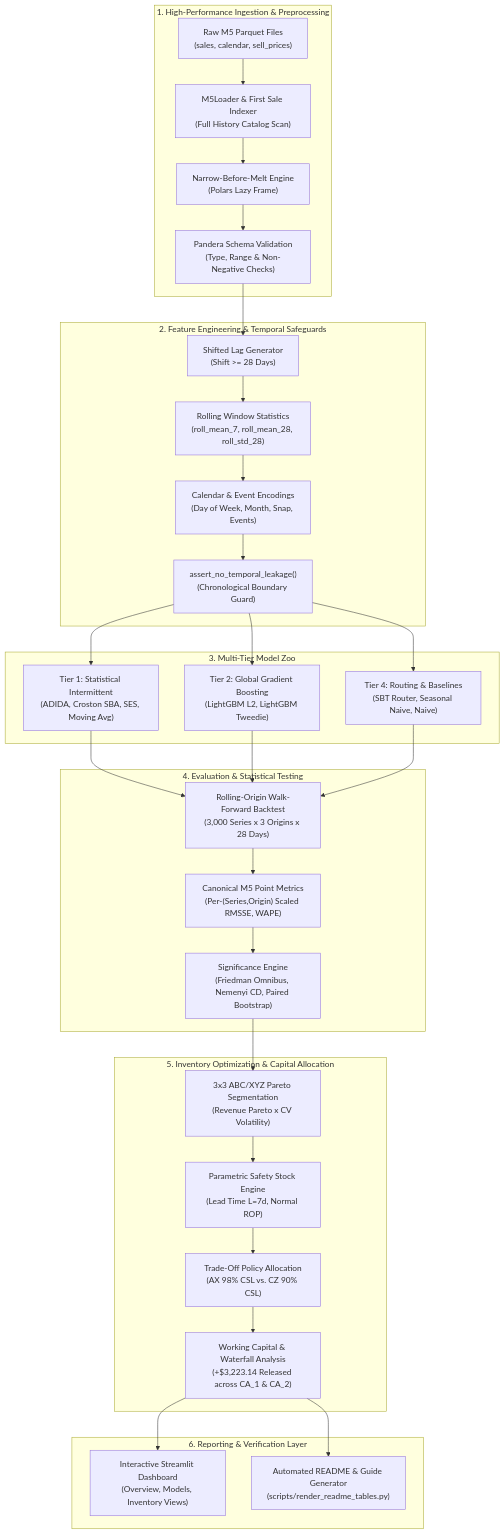
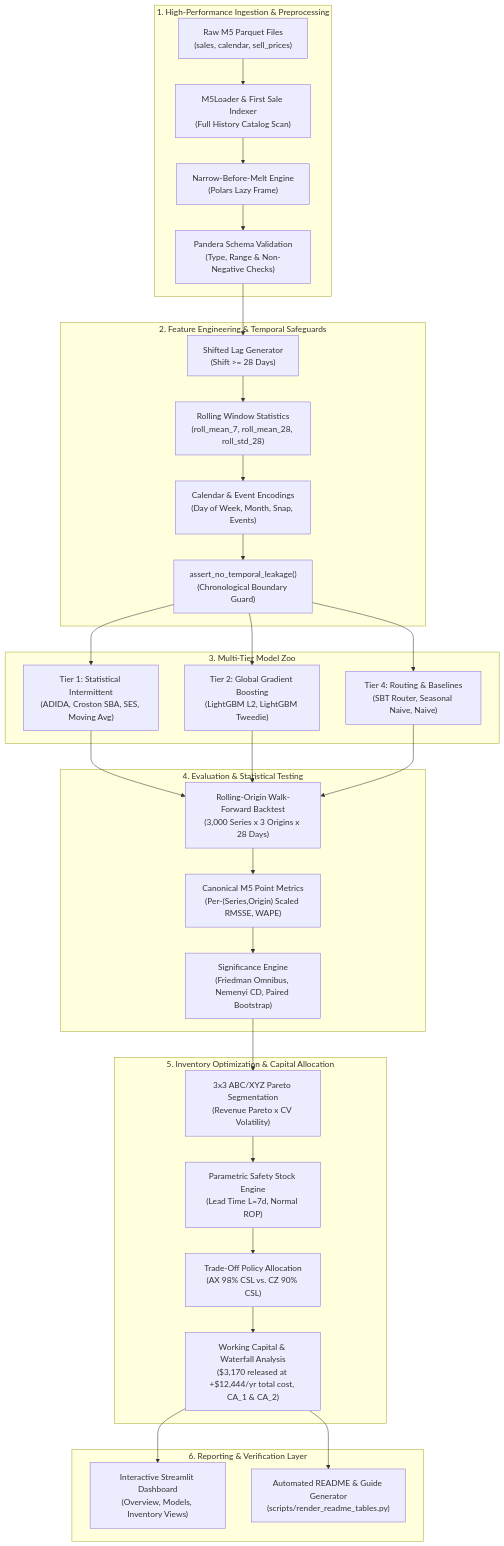
The diagram in docs/guide/02_ARCHITECTURE.md (Jenish1706/Hierarchical_Retail_Demand_Forecasting), drawn with Mermaid before and after one commit. The commit also changed other lines of this file and 33 other files, not shown here.

````diff
--- a/docs/guide/02_ARCHITECTURE.md
+++ b/docs/guide/02_ARCHITECTURE.md
@@ -9,39 +9,39 @@
 ```mermaid
 flowchart TD
     subgraph INGESTION["1. High-Performance Ingestion & Preprocessing"]
         RAW["Raw M5 Parquet Files<br/>(sales, calendar, sell_prices)"] --> LOADER["M5Loader & First Sale Indexer<br/>(Full History Catalog Scan)"]
         LOADER --> MELT["Narrow-Before-Melt Engine<br/>(Polars Lazy Frame)"]
         MELT --> SCHEMA["Pandera Schema Validation<br/>(Type, Range & Non-Negative Checks)"]
     end
 
     subgraph FEATURES["2. Feature Engineering & Temporal Safeguards"]
         SCHEMA --> LAGS["Shifted Lag Generator<br/>(Shift >= 28 Days)"]
         LAGS --> ROLLING["Rolling Window Statistics<br/>(roll_mean_7, roll_mean_28, roll_std_28)"]
         ROLLING --> CAL["Calendar & Event Encodings<br/>(Day of Week, Month, Snap, Events)"]
         CAL --> LEAK_CHECK["assert_no_temporal_leakage()<br/>(Chronological Boundary Guard)"]
     end
 
     subgraph FORECASTING["3. Multi-Tier Model Zoo"]
         LEAK_CHECK --> T1["Tier 1: Statistical Intermittent<br/>(ADIDA, Croston SBA, SES, Moving Avg)"]
         LEAK_CHECK --> T2["Tier 2: Global Gradient Boosting<br/>(LightGBM L2, LightGBM Tweedie)"]
         LEAK_CHECK --> T4["Tier 4: Routing & Baselines<br/>(SBT Router, Seasonal Naive, Naive)"]
     end
 
     subgraph BACKTEST["4. Evaluation & Statistical Testing"]
         T1 & T2 & T4 --> WF["Rolling-Origin Walk-Forward Backtest<br/>(3,000 Series x 3 Origins x 28 Days)"]
         WF --> METRICS["Canonical M5 Point Metrics<br/>(Per-(Series,Origin) Scaled RMSSE, WAPE)"]
         METRICS --> SIG["Significance Engine<br/>(Friedman Omnibus, Nemenyi CD, Paired Bootstrap)"]
     end
 
     subgraph OPERATIONS["5. Inventory Optimization & Capital Allocation"]
         SIG --> ABC_XYZ["3x3 ABC/XYZ Pareto Segmentation<br/>(Revenue Pareto x CV Volatility)"]
         ABC_XYZ --> SAFETY["Parametric Safety Stock Engine<br/>(Lead Time L=7d, Normal ROP)"]
         SAFETY --> SCENARIO["Trade-Off Policy Allocation<br/>(AX 98% CSL vs. CZ 90% CSL)"]
-        SCENARIO --> CAP_REPORT["Working Capital & Waterfall Analysis<br/>(+$3,223.14 Released across CA_1 & CA_2)"]
+        SCENARIO --> CAP_REPORT["Working Capital & Waterfall Analysis<br/>($3,170 released at +$12,444/yr total cost, CA_1 & CA_2)"]
     end
 
     subgraph PRESENTATION["6. Reporting & Verification Layer"]
         CAP_REPORT --> DASH["Interactive Streamlit Dashboard<br/>(Overview, Models, Inventory Views)"]
         CAP_REPORT --> MD_GEN["Automated README & Guide Generator<br/>(scripts/render_readme_tables.py)"]
     end
 ```
````
